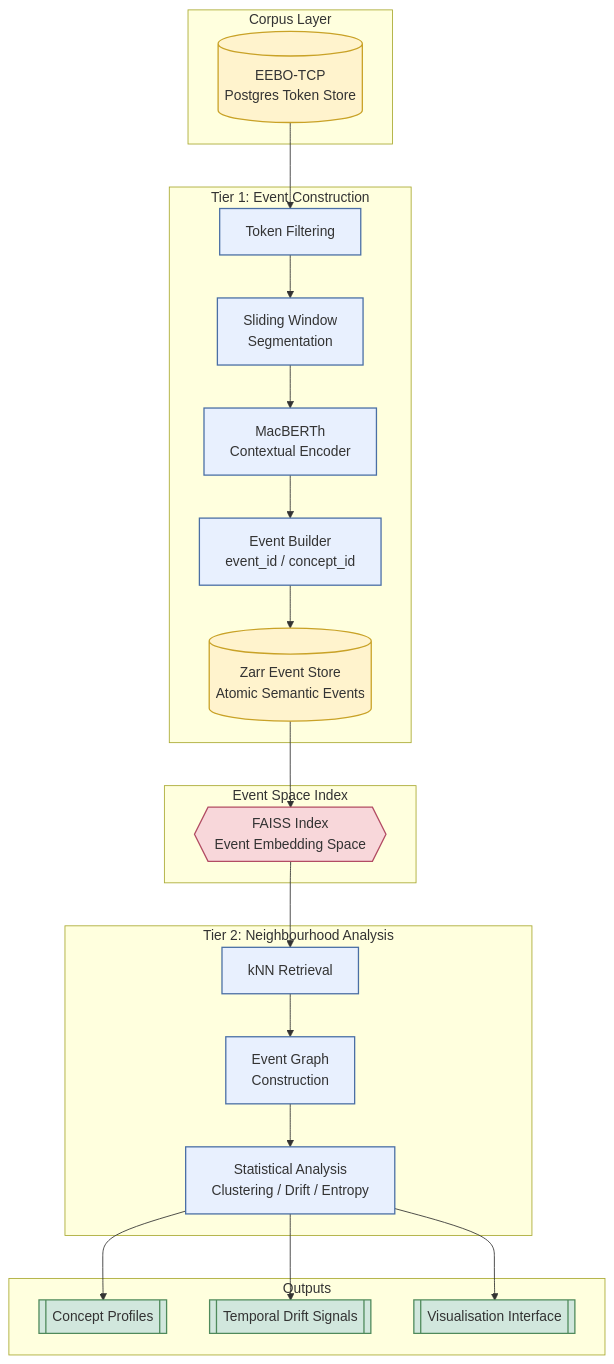
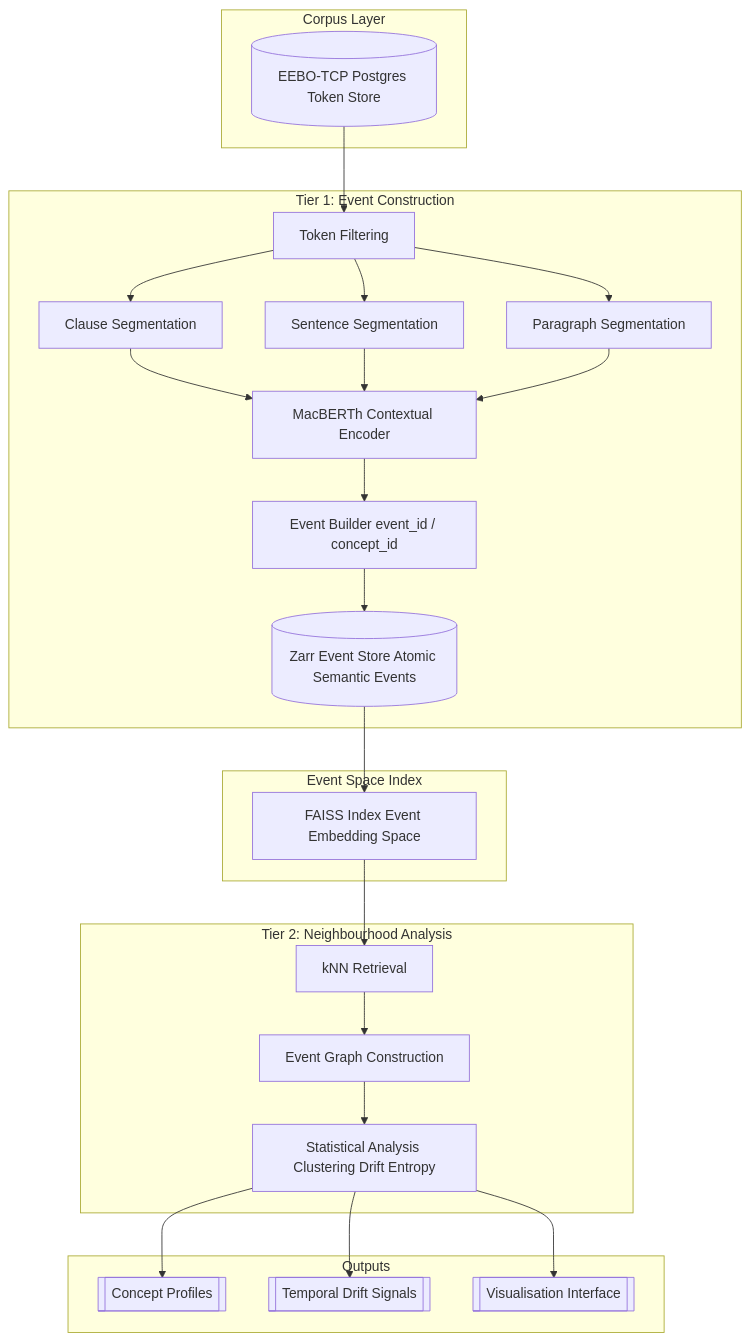
Before and after one commit to leegee/mutatis-mutandis: the diagram in README.md, drawn with Mermaid.

````diff
--- a/README.md
+++ b/README.md
@@ -43,100 +43,53 @@
 ```mermaid
 flowchart TB
 
-%% ===================================
-%% STYLES
-%% ===================================
-
-classDef process fill:#e8f0fe,stroke:#4a6fa5,stroke-width:1.5px;
-classDef datastore fill:#fff3cd,stroke:#c9a227,stroke-width:1.5px;
-classDef index fill:#f8d7da,stroke:#b24c63,stroke-width:1.5px;
-classDef output fill:#d1e7dd,stroke:#4f8a5b,stroke-width:1.5px;
-
-%% ===================================
-%% CORPUS LAYER
-%% ===================================
-
 subgraph L0["Corpus Layer"]
-
-PG[(EEBO-TCP<br/>Postgres Token Store)]
-
+PG[(EEBO-TCP Postgres Token Store)]
 end
 
-%% ===================================
-%% TIER 1
-%% ===================================
+subgraph L1["Tier 1: Event Construction"]
+TF[Token Filtering]
 
-subgraph L1["Tier 1: Event Construction"]
+CS[Clause Segmentation]
+SS[Sentence Segmentation]
+PS[Paragraph Segmentation]
 
-TF[Token Filtering]
-WS[Sliding Window<br/>Segmentation]
-MB[MacBERTh<br/>Contextual Encoder]
-EB[Event Builder<br/>event_id / concept_id]
-
-ZS[(Zarr Event Store<br/>Atomic Semantic Events)]
-
+MB[MacBERTh Contextual Encoder]
+EB[Event Builder event_id / concept_id]
+ZS[(Zarr Event Store Atomic Semantic Events)]
 end
 
-%% ===================================
-%% INDEX
-%% ===================================
-
 subgraph L2["Event Space Index"]
-
-FI{{FAISS Index<br/>Event Embedding Space}}
-
+FI[FAISS Index Event Embedding Space]
 end
 
-%% ===================================
-%% TIER 2
-%% ===================================
-
 subgraph L3["Tier 2: Neighbourhood Analysis"]
-
 KR[kNN Retrieval]
-EG[Event Graph<br/>Construction]
-SA[Statistical Analysis<br/>Clustering / Drift / Entropy]
-
+EG[Event Graph Construction]
+SA[Statistical Analysis Clustering Drift Entropy]
 end
 
-%% ===================================
-%% OUTPUTS
-%% ===================================
-
 subgraph L4["Outputs"]
-
 CP[[Concept Profiles]]
 TD[[Temporal Drift Signals]]
 VI[[Visualisation Interface]]
-
 end
 
-%% ===================================
-%% FLOWS
-%% ===================================
+PG --> TF
 
-PG --> TF
-TF --> WS
-WS --> MB
-MB --> EB
-EB --> ZS
+TF --> CS
+TF --> SS
+TF --> PS
 
-ZS --> FI
+CS --> MB
+SS --> MB
+PS --> MB
 
-FI --> KR
-KR --> EG
-EG --> SA
+MB --> EB --> ZS --> FI
+
+FI --> KR --> EG --> SA
 
 SA --> CP
 SA --> TD
 SA --> VI
-
-%% ===================================
-%% CLASSES
-%% ===================================
-
-class TF,WS,MB,EB,KR,EG,SA process;
-class PG,ZS datastore;
-class FI index;
-class CP,TD,VI output;
 ```
````
